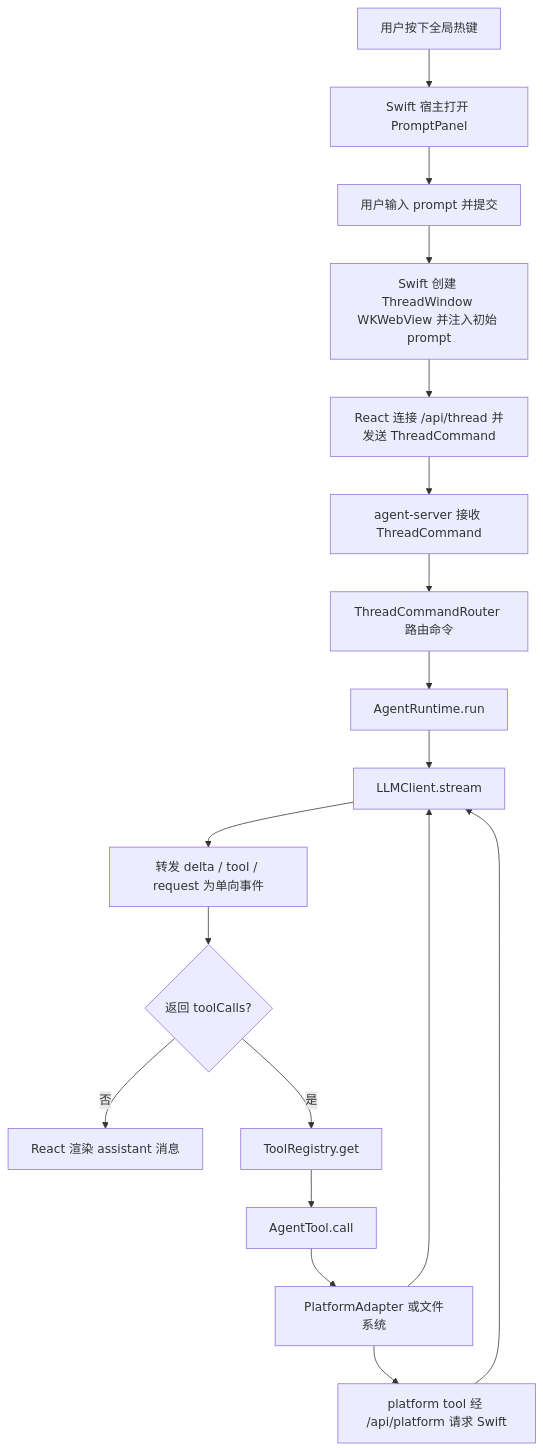
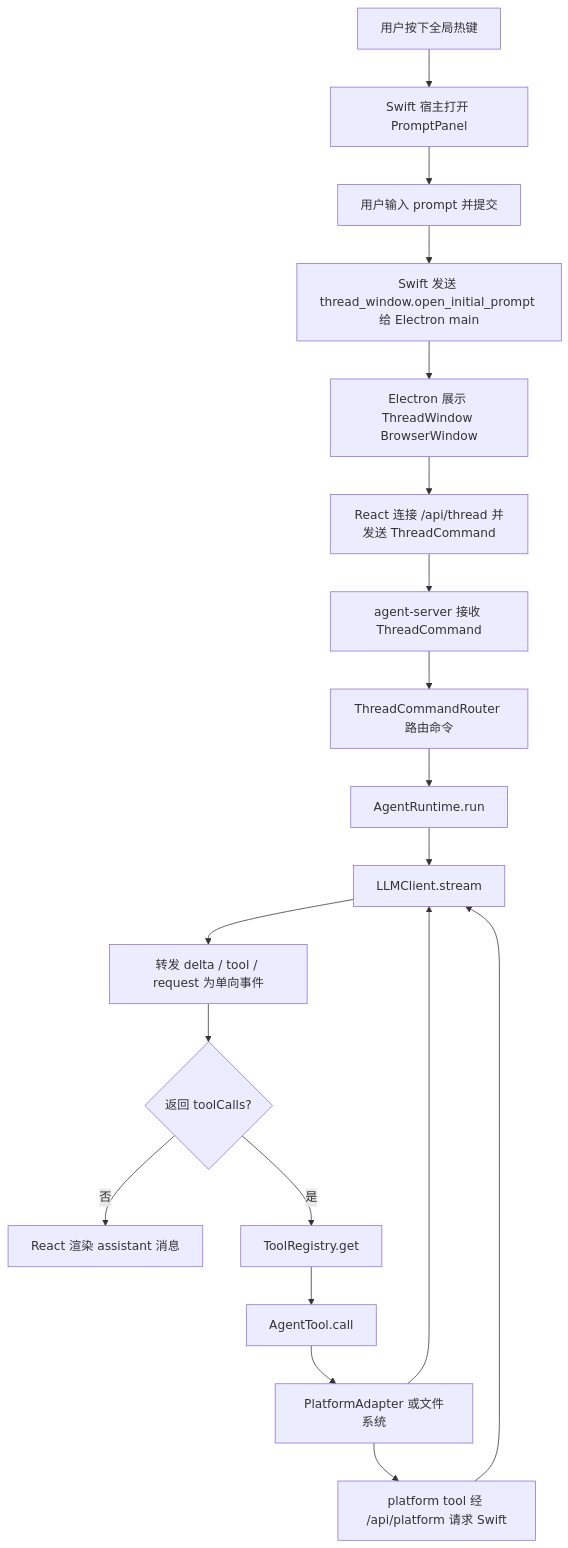
Before and after one commit to Lixuhang987/SpotAgent: the second of 2 diagrams in handAgent.md, drawn with Mermaid. The commit also changed other lines of this file and 51 other files, not shown here.

````diff
--- a/handAgent.md
+++ b/handAgent.md
@@ -48,20 +46,21 @@
 ```mermaid
 flowchart TD
   A[用户按下全局热键] --> B[Swift 宿主打开 PromptPanel]
   B --> C[用户输入 prompt 并提交]
-  C --> D[Swift 创建 ThreadWindow WKWebView 并注入初始 prompt]
-  D --> E[React 连接 /api/thread 并发送 ThreadCommand]
-  E --> F[agent-server 接收 ThreadCommand]
-  F --> G[ThreadCommandRouter 路由命令]
-  G --> H[AgentRuntime.run]
-  H --> I[LLMClient.stream]
-  I --> I1[转发 delta / tool / request 为单向事件]
-  I1 --> J{返回 toolCalls?}
-  J -- 否 --> K[React 渲染 assistant 消息]
-  J -- 是 --> L[ToolRegistry.get]
-  L --> M[AgentTool.call]
-  M --> N[PlatformAdapter 或文件系统]
-  N --> I
-  N --> O[platform tool 经 /api/platform 请求 Swift]
-  O --> I
+  C --> D[Swift 发送 thread_window.open_initial_prompt 给 Electron main]
+  D --> E[Electron 展示 ThreadWindow BrowserWindow]
+  E --> F[React 连接 /api/thread 并发送 ThreadCommand]
+  F --> G[agent-server 接收 ThreadCommand]
+  G --> H[ThreadCommandRouter 路由命令]
+  H --> I[AgentRuntime.run]
+  I --> J[LLMClient.stream]
+  J --> K[转发 delta / tool / request 为单向事件]
+  K --> L{返回 toolCalls?}
+  L -- 否 --> M[React 渲染 assistant 消息]
+  L -- 是 --> N[ToolRegistry.get]
+  N --> O[AgentTool.call]
+  O --> P[PlatformAdapter 或文件系统]
+  P --> J
+  P --> Q[platform tool 经 /api/platform 请求 Swift]
+  Q --> J
 ```
````
